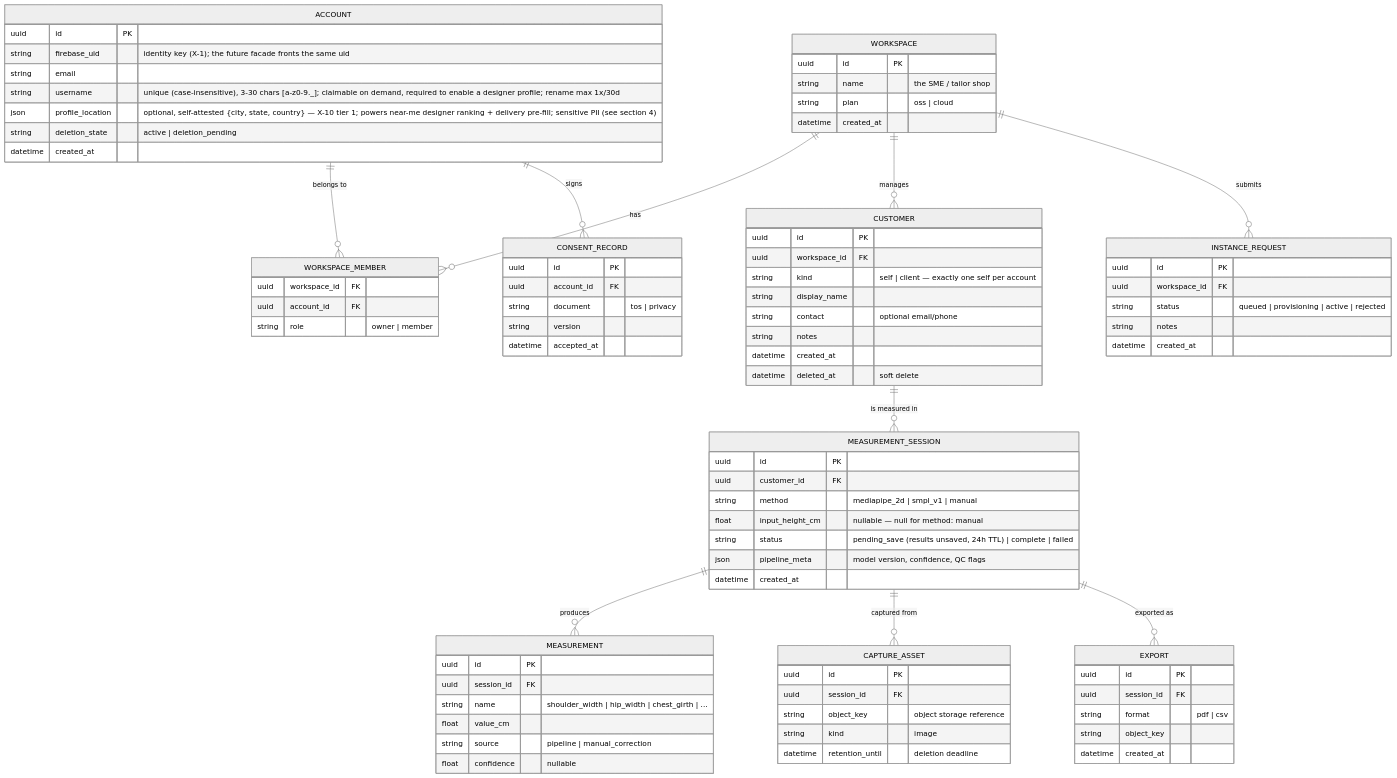
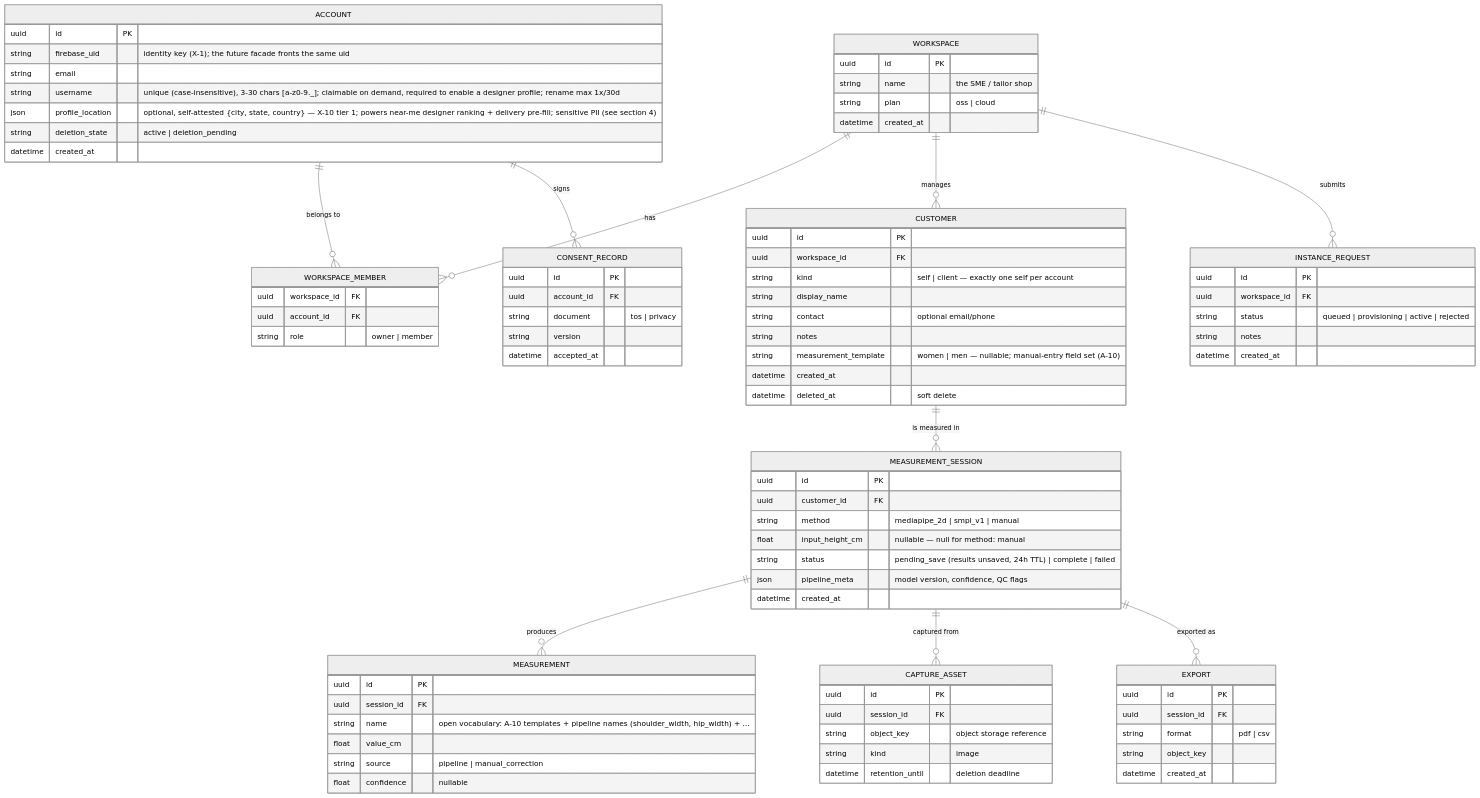
The first of 3 diagrams in docs/data-model.md (cuesoftinc/apparule), drawn with Mermaid (neutral theme) before and after one commit. The commit also changed other lines of this file and 42 other files, not shown here.

First line of the commit message:
feat(a10): manual entry speaks the tailor's measurement templates (#184)

```diff
--- a/docs/data-model.md
+++ b/docs/data-model.md
@@ -62,6 +62,7 @@
         string display_name
         string contact "optional email/phone"
         string notes
+        string measurement_template "women | men — nullable; manual-entry field set (A-10)"
         datetime created_at
         datetime deleted_at "soft delete"
     }
@@ -77,7 +78,7 @@
     MEASUREMENT {
         uuid id PK
         uuid session_id FK
-        string name "shoulder_width | hip_width | chest_girth | ..."
+        string name "open vocabulary: A-10 templates + pipeline names (shoulder_width, hip_width) + ..."
         float value_cm
         string source "pipeline | manual_correction"
         float confidence "nullable"
```
